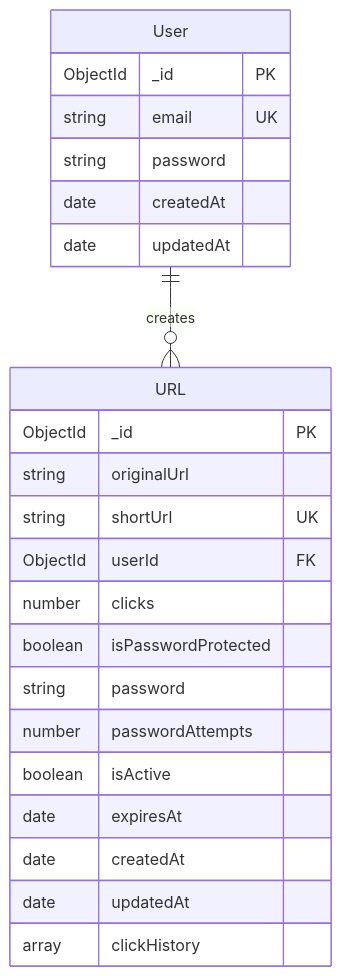
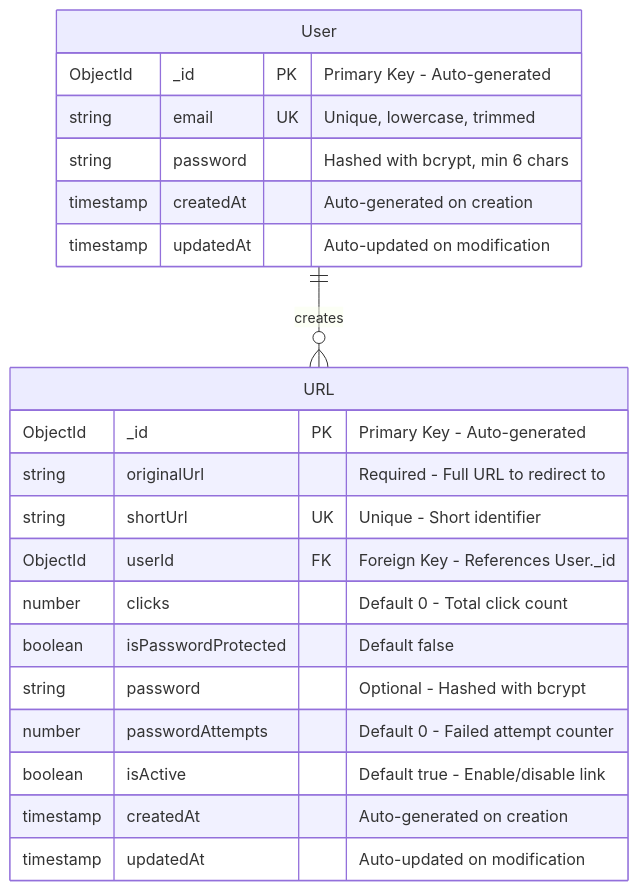
One commit to SWETANKSINHA23/locknlink_main changed the diagram in README.md. Above: the diagram before and after it, drawn with Mermaid. The commit also changed other lines of this file, not shown here.

Commit message:
docs: update README with comprehensive documentation and database schema diagram

````diff
--- a/README.md
+++ b/README.md
@@ -29,28 +41,26 @@
 ```mermaid
 erDiagram
     User ||--o{ URL : creates
     
     User {
-        ObjectId _id PK
-        string email UK
-        string password
-        date createdAt
-        date updatedAt
+        ObjectId _id PK "Primary Key - Auto-generated"
+        string email UK "Unique, lowercase, trimmed"
+        string password "Hashed with bcrypt, min 6 chars"
+        timestamp createdAt "Auto-generated on creation"
+        timestamp updatedAt "Auto-updated on modification"
     }
     
     URL {
-        ObjectId _id PK
-        string originalUrl
-        string shortUrl UK
-        ObjectId userId FK
-        number clicks
-        boolean isPasswordProtected
-        string password
-        number passwordAttempts
-        boolean isActive
-        date expiresAt
-        date createdAt
-        date updatedAt
-        array clickHistory
+        ObjectId _id PK "Primary Key - Auto-generated"
+        string originalUrl "Required - Full URL to redirect to"
+        string shortUrl UK "Unique - Short identifier"
+        ObjectId userId FK "Foreign Key - References User._id"
+        number clicks "Default 0 - Total click count"
+        boolean isPasswordProtected "Default false"
+        string password "Optional - Hashed with bcrypt"
+        number passwordAttempts "Default 0 - Failed attempt counter"
+        boolean isActive "Default true - Enable/disable link"
+        timestamp createdAt "Auto-generated on creation"
+        timestamp updatedAt "Auto-updated on modification"
     }
 ```
````
